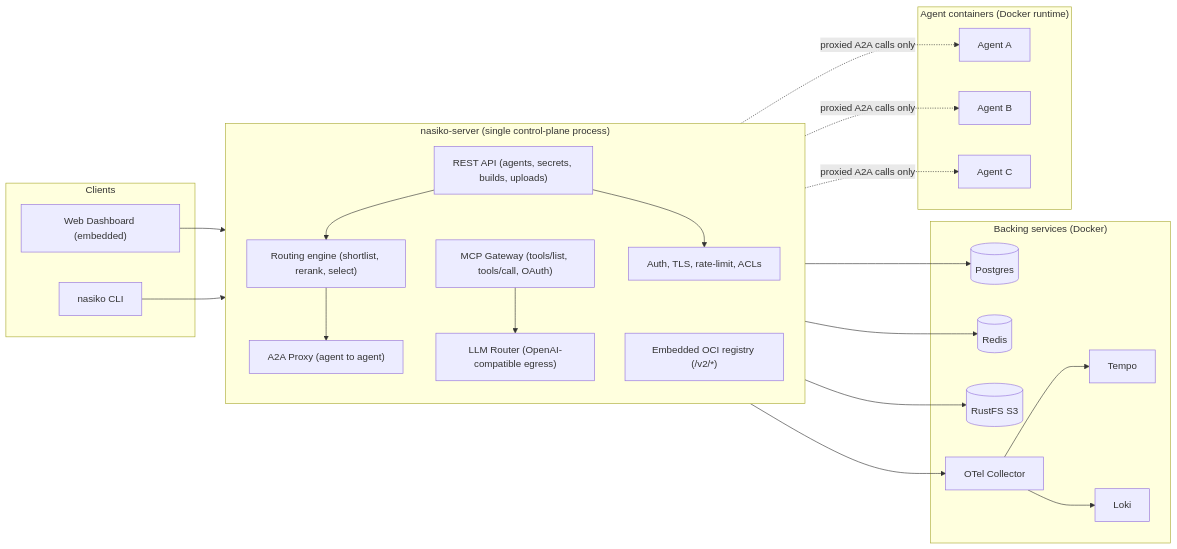
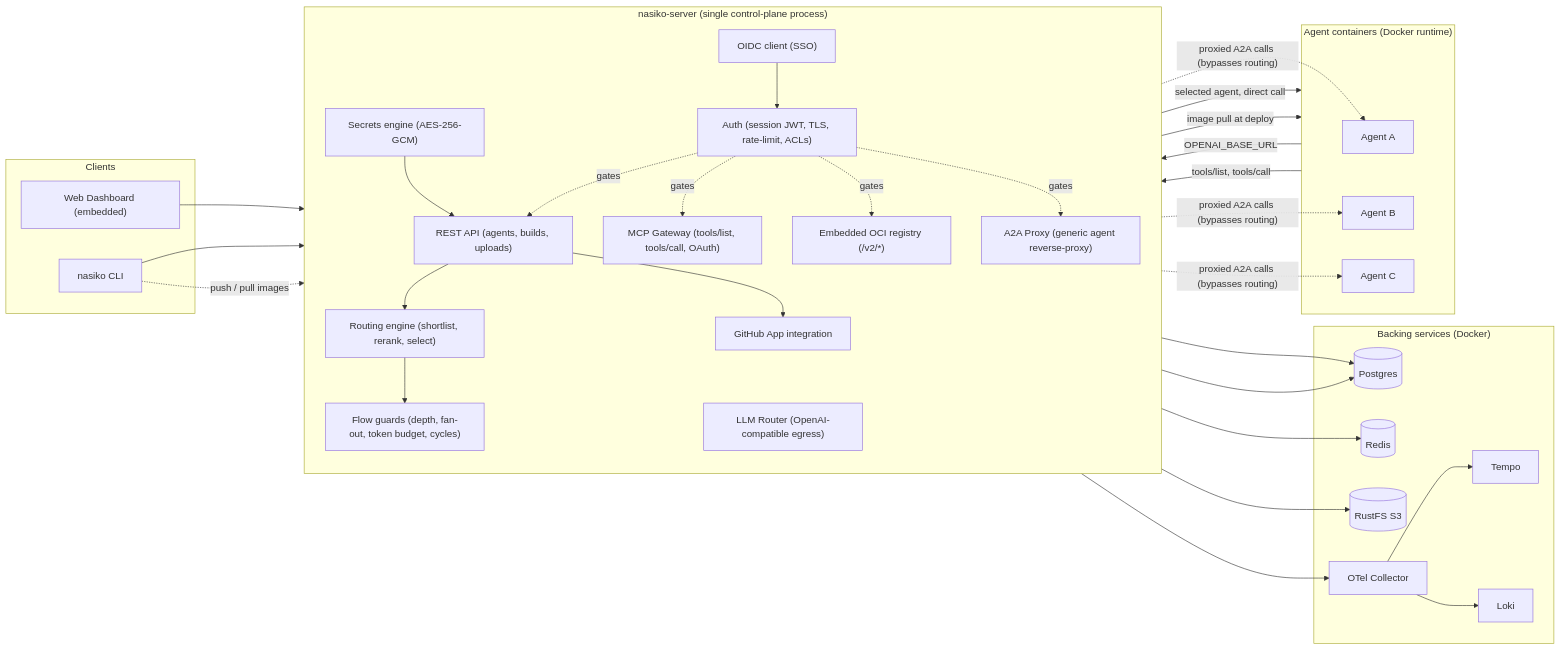
Before and after one commit to Nasiko-Labs/nasiko: the diagram in README.md, drawn with Mermaid. The commit also changed other lines of this file, not shown here.

````diff
--- a/README.md
+++ b/README.md
@@ -110,49 +136,67 @@
 ```mermaid
 flowchart LR
     subgraph Clients["Clients"]
         UI["Web Dashboard (embedded)"]
         CLI["nasiko CLI"]
     end
 
     subgraph CP["nasiko-server (single control-plane process)"]
         direction TB
-        API["REST API (agents, secrets, builds, uploads)"]
+        API["REST API (agents, builds, uploads)"]
+        AUTH["Auth (session JWT, TLS, rate-limit, ACLs)"]
+        OIDC["OIDC client (SSO)"]
         ROUTE["Routing engine (shortlist, rerank, select)"]
+        PROXY["A2A Proxy (generic agent reverse-proxy)"]
         MCP["MCP Gateway (tools/list, tools/call, OAuth)"]
         LLM["LLM Router (OpenAI-compatible egress)"]
         OCI["Embedded OCI registry (/v2/*)"]
-        AUTH["Auth, TLS, rate-limit, ACLs"]
-        PROXY["A2A Proxy (agent to agent)"]
+        FLOW["Flow guards (depth, fan-out, token budget, cycles)"]
+        SECRETS["Secrets engine (AES-256-GCM)"]
+        GITHUB["GitHub App integration"]
     end
 
     subgraph Infra["Backing services (Docker)"]
         PG[(Postgres)]
         RD[(Redis)]
         S3[(RustFS S3)]
         OTEL["OTel Collector"]
         TEMPO["Tempo"]
         LOKI["Loki"]
     end
 
     subgraph Agents["Agent containers (Docker runtime)"]
         A1["Agent A"]
         A2["Agent B"]
         A3["Agent C"]
     end
 
     UI --> API
     CLI --> API
-    API --> ROUTE --> PROXY
-    MCP --> LLM
-    API --> AUTH
+    CLI -. "push / pull images" .-> OCI
 
-    CP --> PG
-    CP --> RD
-    CP --> S3
+    API --> ROUTE
+    API --> GITHUB
+    ROUTE --> FLOW
+    OIDC --> AUTH
+    SECRETS --> API
+
+    AUTH -. gates .-> API
+    AUTH -. gates .-> MCP
+    AUTH -. gates .-> OCI
+    AUTH -. gates .-> PROXY
+
+    ROUTE -- "selected agent, direct call" --> Agents
+    PROXY -. "proxied A2A calls (bypasses routing)" .-> A1
+    PROXY -. "proxied A2A calls (bypasses routing)" .-> A2
+    PROXY -. "proxied A2A calls (bypasses routing)" .-> A3
+    OCI -- "image pull at deploy" --> Agents
+    Agents -- "OPENAI_BASE_URL" --> LLM
+    Agents -- "tools/list, tools/call" --> MCP
+
+    OCI --> S3
+    FLOW --> RD
+    SECRETS --> PG
+    AUTH --> PG
     CP --> OTEL --> TEMPO
     OTEL --> LOKI
-
-    PROXY -. "proxied A2A calls only" .-> A1
-    PROXY -. "proxied A2A calls only" .-> A2
-    PROXY -. "proxied A2A calls only" .-> A3
 ```
````
